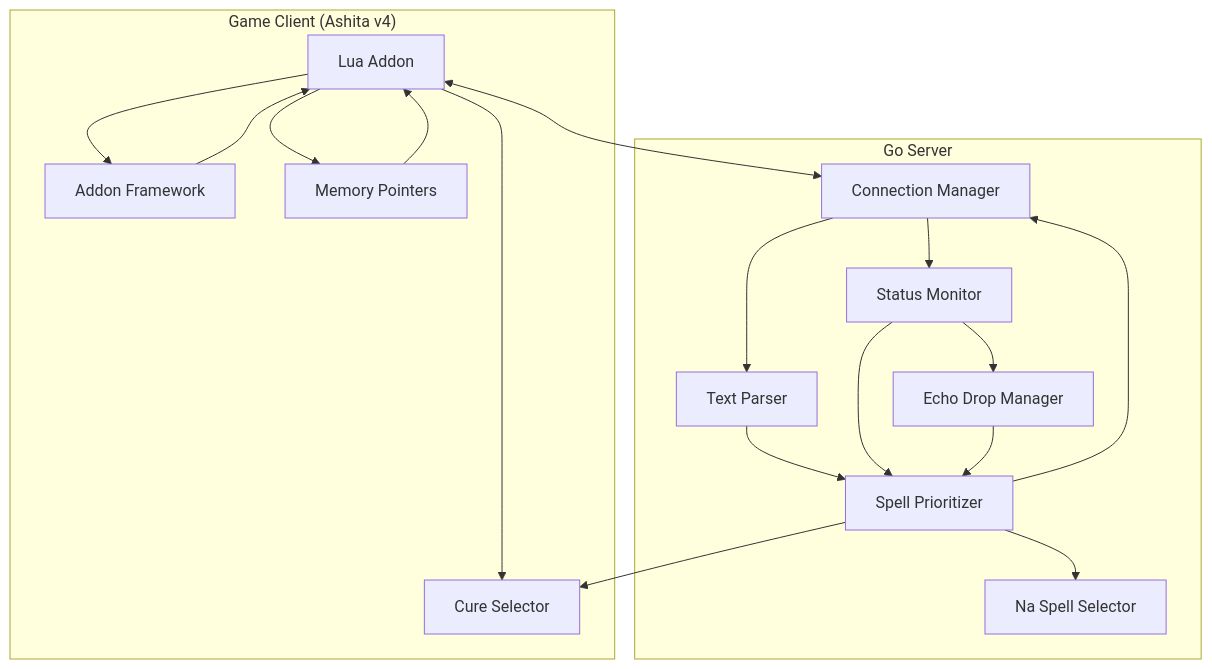
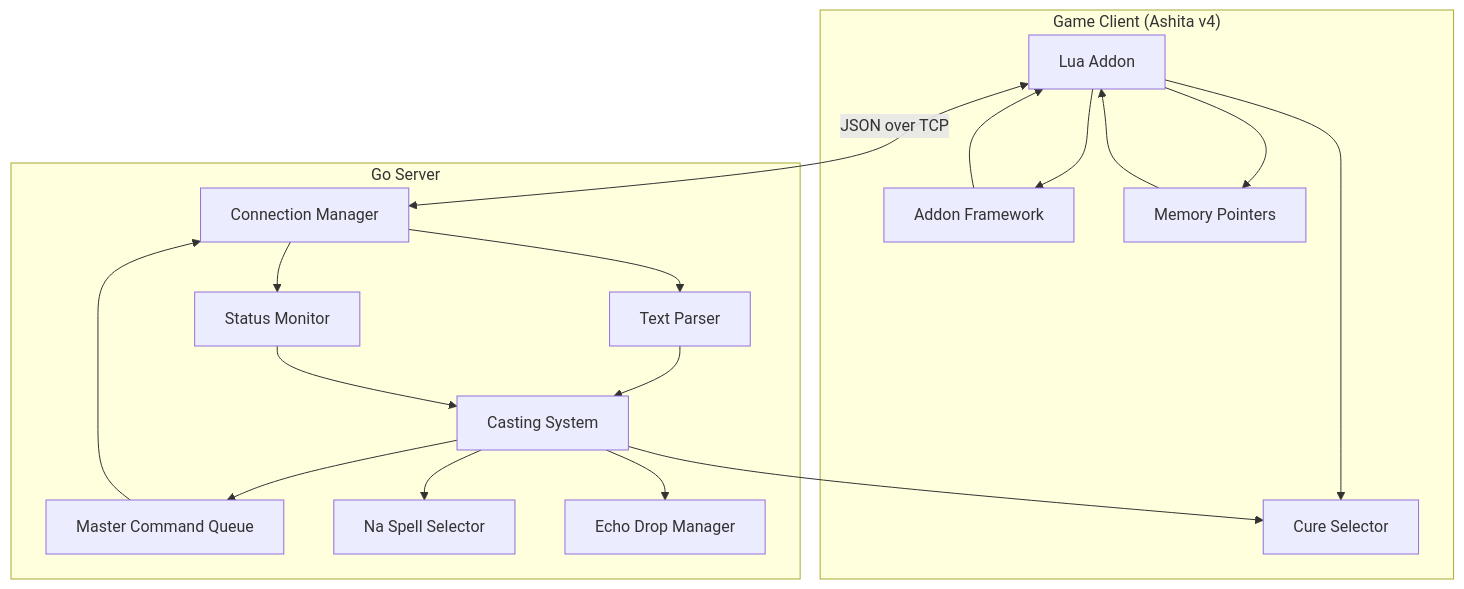
The diagram in .kiro/specs/automated-gameplay-assistant/design.md (mitch-thompson/Pandabot), drawn with Mermaid before and after one commit. The commit also changed other lines of this file and 13 other files, not shown here.

````diff
--- a/.kiro/specs/automated-gameplay-assistant/design.md
+++ b/.kiro/specs/automated-gameplay-assistant/design.md
@@ -13,35 +13,36 @@
 ```mermaid
 graph TB
     subgraph "Game Client (Ashita v4)"
         LA[Lua Addon]
         AF[Addon Framework]
         MP[Memory Pointers]
         CS[Command System]
         LA --> AF
         LA --> MP
         LA --> CS
         AF --> LA
         MP --> LA
     end
     
     subgraph "Go Server"
         CM[Connection Manager]
         TP[Text Parser]
-        SP[Spell Prioritizer]
         SM[Status Monitor]
+        CastingSystem[Casting System]
+        MasterQueue[Master Command Queue]
         CS[Cure Selector]
         NS[Na Spell Selector]
         EDM[Echo Drop Manager]
     end
     
-    LA <--> CM
+    LA <-- JSON over TCP --> CM
     CM --> TP
     CM --> SM
-    TP --> SP
-    SM --> SP
-    SM --> EDM
-    SP --> CS
-    SP --> NS
-    EDM --> SP
-    SP --> CM
+    TP --> CastingSystem
+    SM --> CastingSystem
+    CastingSystem --> CS
+    CastingSystem --> NS
+    CastingSystem --> EDM
+    CastingSystem --> MasterQueue
+    MasterQueue --> CM
 ```
````
